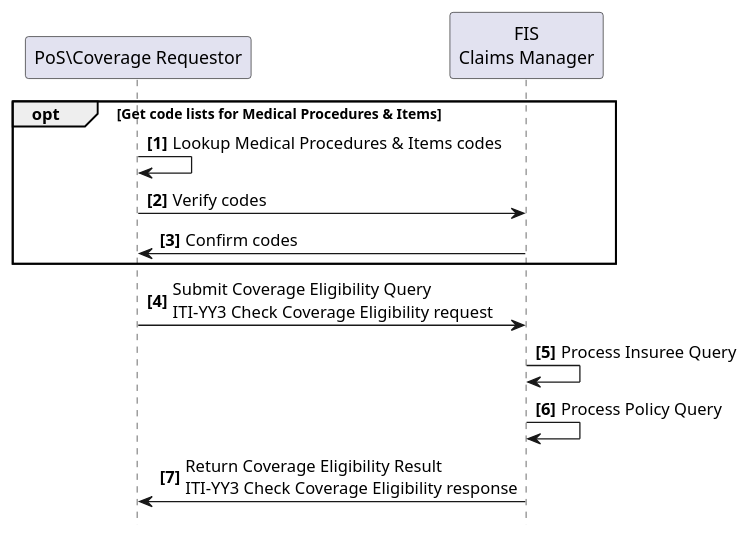
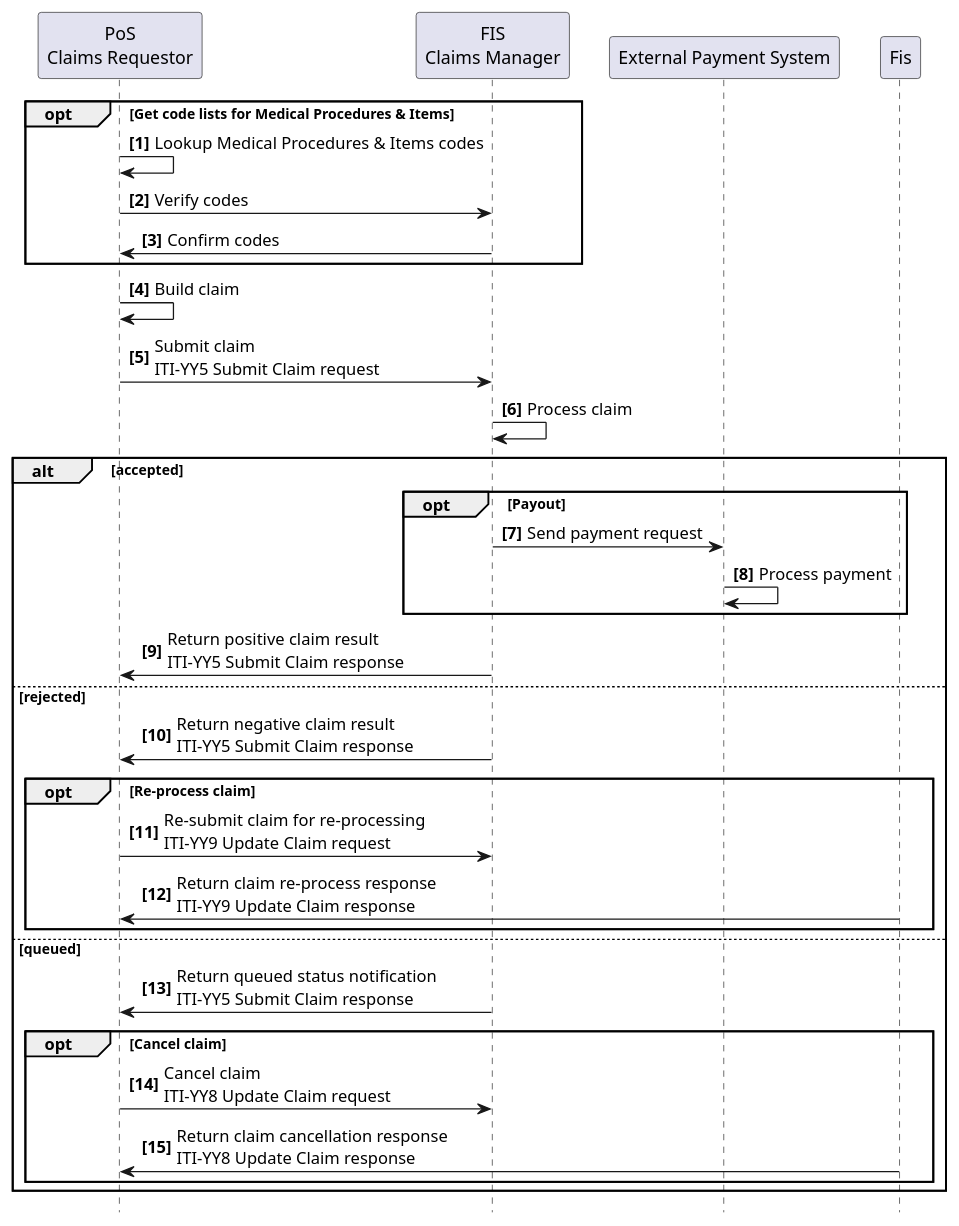
The diagram in input/images-source/usecase3-processflow.plantuml (IHE/ITI.Finance), drawn with PlantUML before and after one commit. The commit also changed 8 other files, not shown here.

```diff
--- a/input/images-source/usecase3-processflow.plantuml
+++ b/input/images-source/usecase3-processflow.plantuml
@@ -1,21 +1,41 @@
 @startuml
 skinparam svgDimensionStyle false
 hide footbox
 autonumber "<b>[0]"
 
-participant "PoS\Coverage Requestor" as App
+participant "PoS\nClaims Requestor" as App
 participant "FIS\nClaims Manager" as FIS
+participant "External Payment System" as EXT
 
 
 opt Get code lists for Medical Procedures & Items
 	App -> App: Lookup Medical Procedures & Items codes
 	App -> FIS: Verify codes
 	FIS -> App: Confirm codes
 end opt
+ 
+App -> App: Build claim
+App -> FIS: Submit claim\nITI-YY5 Submit Claim request
+FIS -> FIS: Process claim
 
-App -> FIS: Submit Coverage Eligibility Query\nITI-YY3 Check Coverage Eligibility request
-FIS -> FIS: Process Insuree Query
-FIS -> FIS: Process Policy Query
-FIS -> App: Return Coverage Eligibility Result\nITI-YY3 Check Coverage Eligibility response
+alt accepted
+	opt Payout
+		FIS->EXT: Send payment request
+   	EXT->EXT: Process payment
+	end opt
+	FIS -> App: Return positive claim result\nITI-YY5 Submit Claim response
+else rejected
+	FIS -> App: Return negative claim result\nITI-YY5 Submit Claim response
+	opt Re-process claim
+		App -> FIS: Re-submit claim for re-processing\nITI-YY9 Update Claim request
+		Fis -> App: Return claim re-process response\nITI-YY9 Update Claim response
+	end opt
+else queued
+	FIS -> App: Return queued status notification\nITI-YY5 Submit Claim response
+	opt Cancel claim
+		App -> FIS: Cancel claim\nITI-YY8 Update Claim request
+		Fis -> App: Return claim cancellation response\nITI-YY8 Update Claim response
+	end opt
+end
 
 @enduml
```
